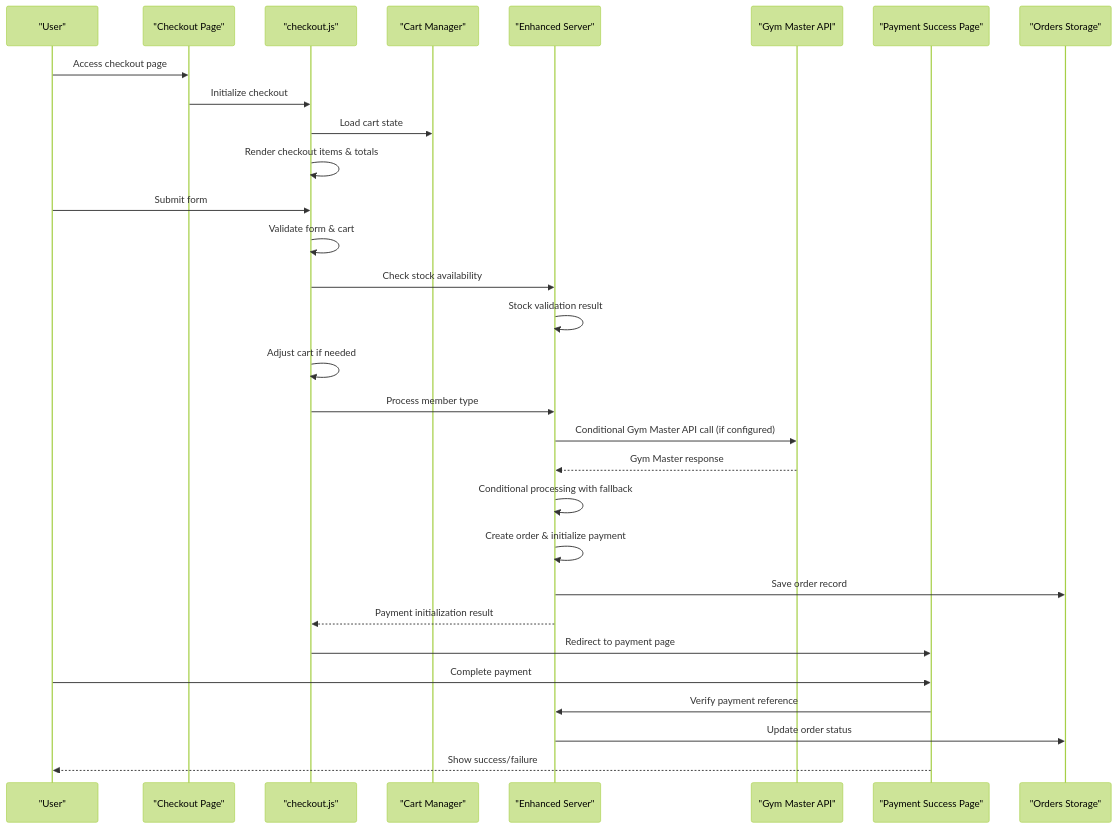
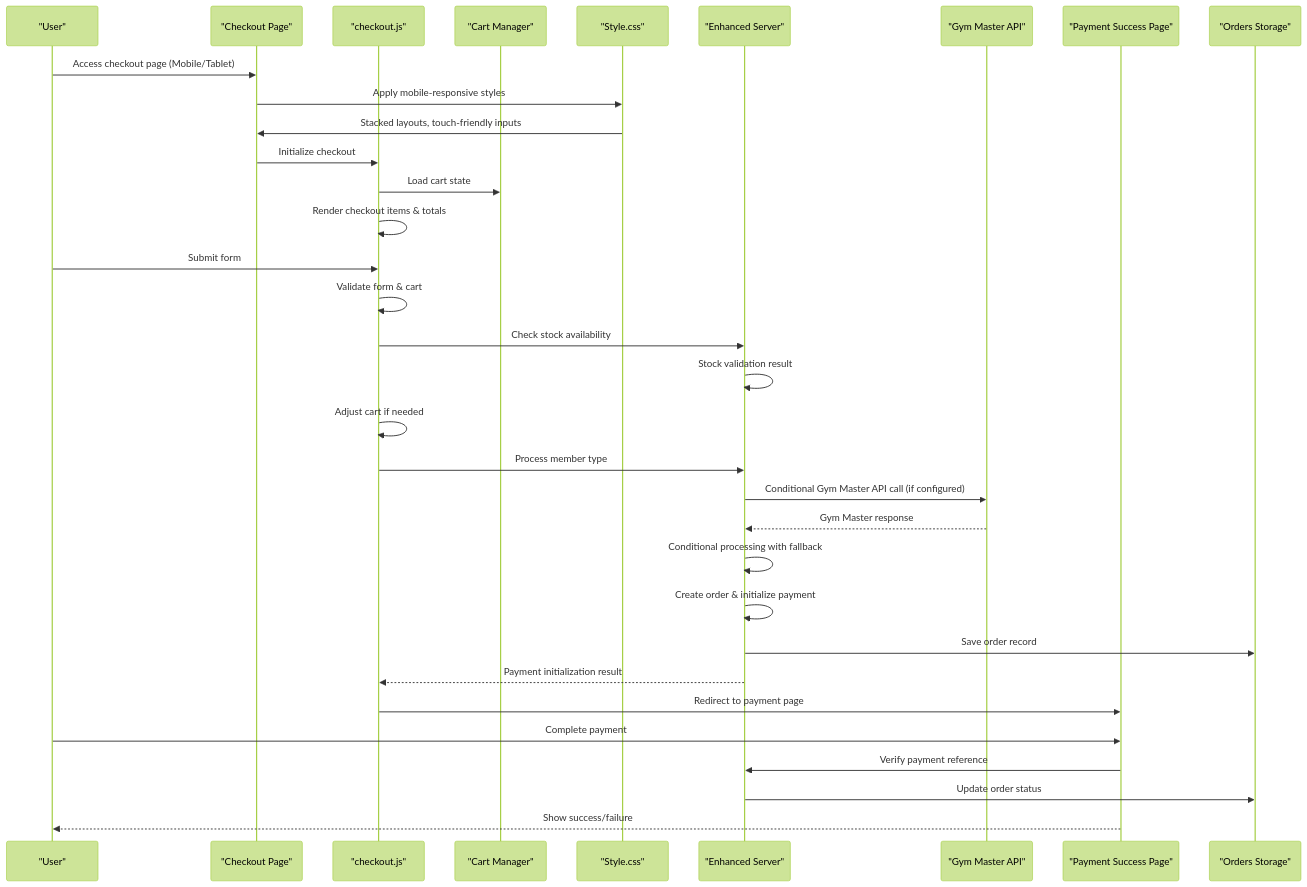
Before and after one commit to SirD33k/activezone: the second of 8 diagrams in .qoder/repowiki/en/content/Frontend Architecture/Checkout Process.md, drawn with Mermaid (forest theme). The commit also changed other lines of this file and 7 other files, not shown here.

````diff
--- a/.qoder/repowiki/en/content/Frontend Architecture/Checkout Process.md
+++ b/.qoder/repowiki/en/content/Frontend Architecture/Checkout Process.md
@@ -143,32 +154,35 @@
 ```mermaid
 sequenceDiagram
 participant U as "User"
 participant CH as "Checkout Page"
 participant CJ as "checkout.js"
 participant CM as "Cart Manager"
+participant ST as "Style.css"
 participant SV as "Enhanced Server"
 participant GM as "Gym Master API"
 participant PS as "Payment Success Page"
 participant OD as "Orders Storage"
-U->>CH : Access checkout page
+U->>CH : Access checkout page (Mobile/Tablet)
+CH->>ST : Apply mobile-responsive styles
+ST->>CH : Stacked layouts, touch-friendly inputs
 CH->>CJ : Initialize checkout
 CJ->>CM : Load cart state
 CJ->>CJ : Render checkout items & totals
 U->>CJ : Submit form
 CJ->>CJ : Validate form & cart
 CJ->>SV : Check stock availability
 SV->>SV : Stock validation result
 CJ->>CJ : Adjust cart if needed
 CJ->>SV : Process member type
 SV->>GM : Conditional Gym Master API call (if configured)
 GM-->>SV : Gym Master response
 SV->>SV : Conditional processing with fallback
 SV->>SV : Create order & initialize payment
 SV->>OD : Save order record
 SV-->>CJ : Payment initialization result
 CJ->>PS : Redirect to payment page
 U->>PS : Complete payment
 PS->>SV : Verify payment reference
 SV->>OD : Update order status
 PS-->>U : Show success/failure
 ```
````
